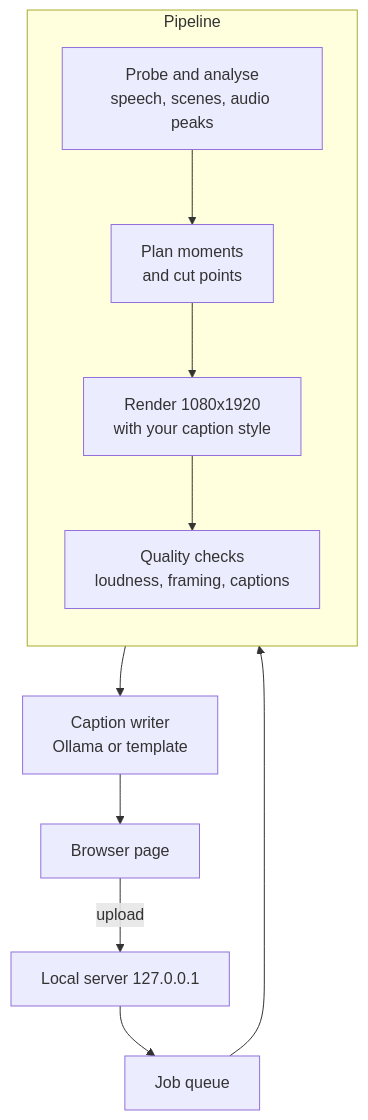
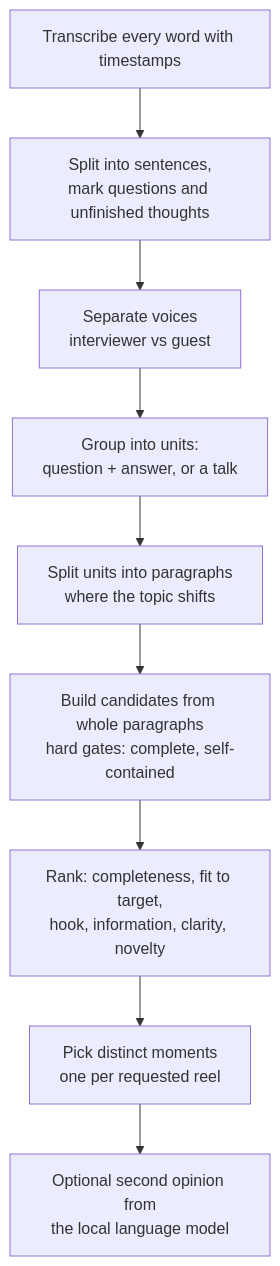
One commit to VARSHITH707/quillcut changed the second of 2 diagrams in README.md. Above: the diagram before and after it, drawn with Mermaid. The commit also changed other lines of this file and 20 other files, not shown here.

````diff
--- a/README.md
+++ b/README.md
@@ -81,14 +95,11 @@
 ```mermaid
 flowchart TD
-    UI[Browser page] -->|upload| API[Local server 127.0.0.1]
-    API --> Q[Job queue]
-    Q --> P[Pipeline]
-    subgraph P[Pipeline]
-        direction TB
-        A1[Probe and analyse<br/>speech, scenes, audio peaks] --> A2[Plan moments<br/>and cut points]
-        A2 --> A3[Render 1080x1920<br/>with your caption style]
-        A3 --> A4[Quality checks<br/>loudness, framing, captions]
-    end
-    P --> W[Caption writer<br/>Ollama or template]
-    W --> UI
+    A[Transcribe every word with timestamps] --> B[Split into sentences,<br/>mark questions and unfinished thoughts]
+    B --> C[Separate voices<br/>interviewer vs guest]
+    C --> D[Group into units:<br/>question + answer, or a talk]
+    D --> E[Split units into paragraphs<br/>where the topic shifts]
+    E --> F[Build candidates from whole paragraphs<br/>hard gates: complete, self-contained]
+    F --> G[Rank: completeness, fit to target,<br/>hook, information, clarity, novelty]
+    G --> H[Pick distinct moments<br/>one per requested reel]
+    H --> I[Optional second opinion from<br/>the local language model]
 ```
````
